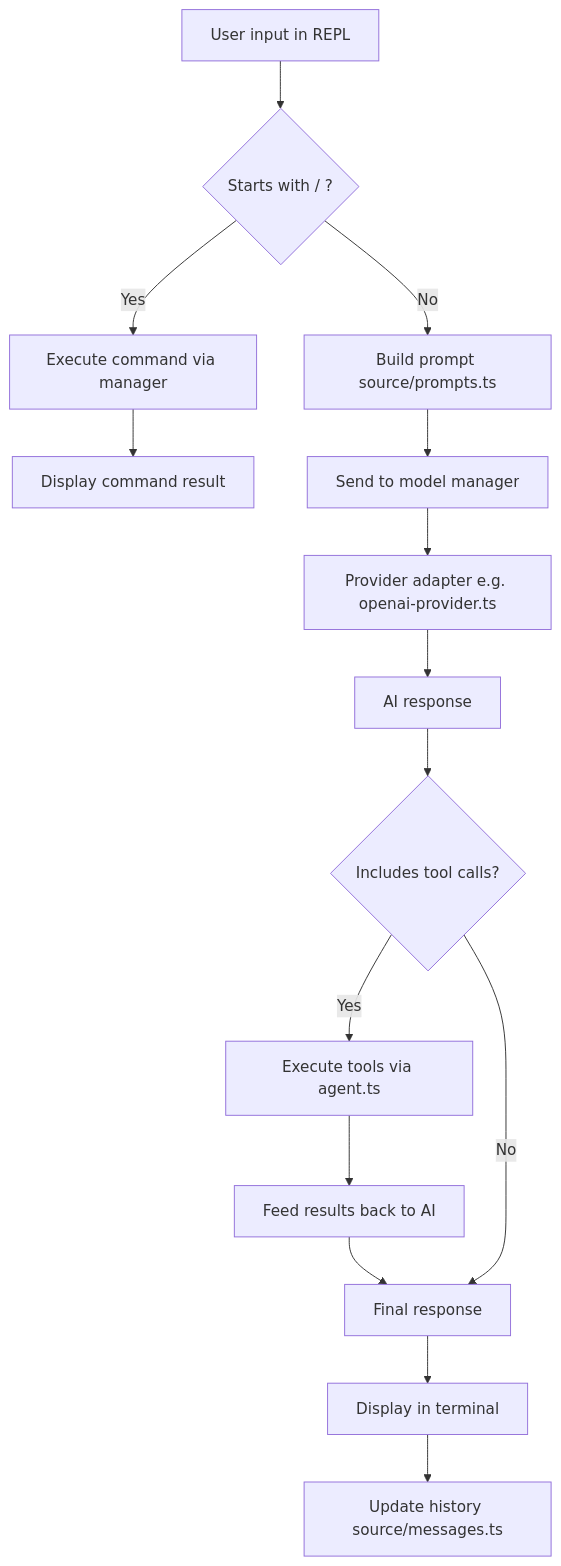
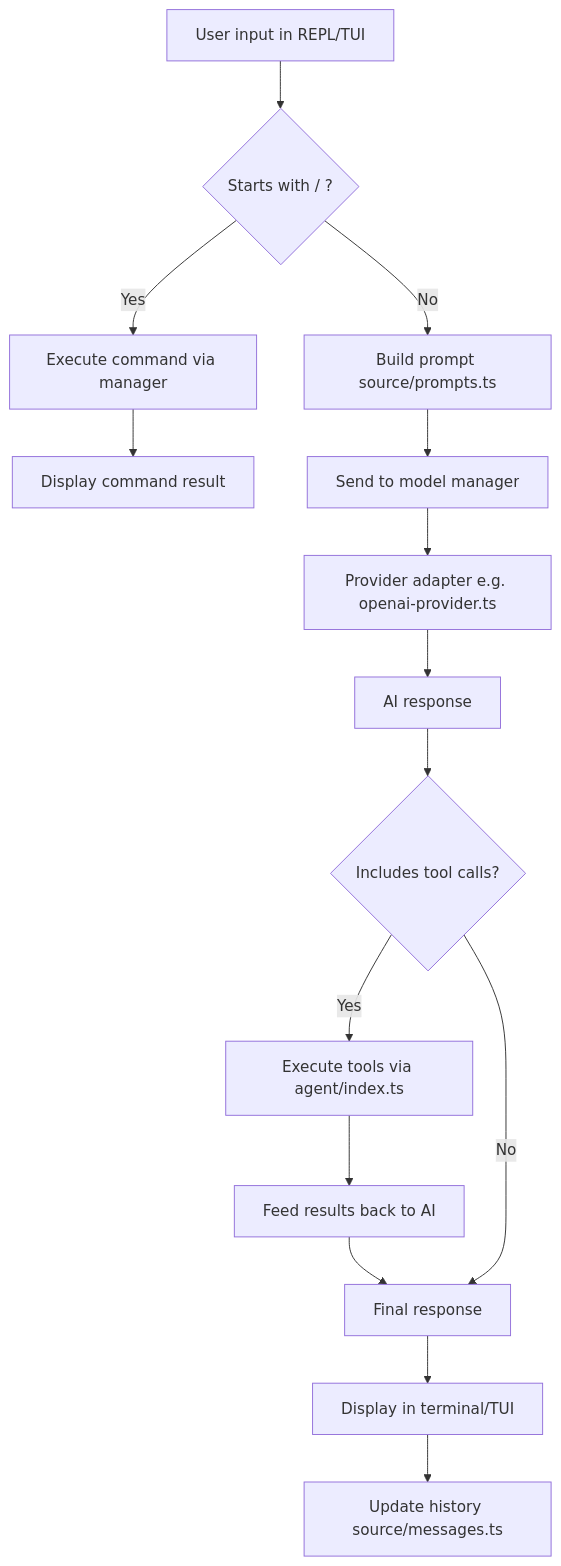
One commit to travisennis/acai-ts changed the second of 5 diagrams in ARCHITECTURE.md. Above: the diagram before and after it, drawn with Mermaid. The commit also changed other lines of this file and 2 other files, not shown here.

````diff
--- a/ARCHITECTURE.md
+++ b/ARCHITECTURE.md
@@ -393,17 +487,17 @@
 ```mermaid
 graph TD
-  A[User input in REPL] --> B{Starts with / ?}
+  A[User input in REPL/TUI] --> B{Starts with / ?}
   B -->|Yes| C[Execute command via manager]
   C --> D[Display command result]
   B -->|No| E[Build prompt source/prompts.ts]
   E --> F[Send to model manager]
   F --> G[Provider adapter e.g. openai-provider.ts]
   G --> H[AI response]
   H --> I{Includes tool calls?}
-  I -->|Yes| J[Execute tools via agent.ts]
+  I -->|Yes| J[Execute tools via agent/index.ts]
   J --> K[Feed results back to AI]
   K --> L[Final response]
   I -->|No| L
-  L --> M[Display in terminal]
+  L --> M[Display in terminal/TUI]
   M --> N[Update history source/messages.ts]
 ```
````
